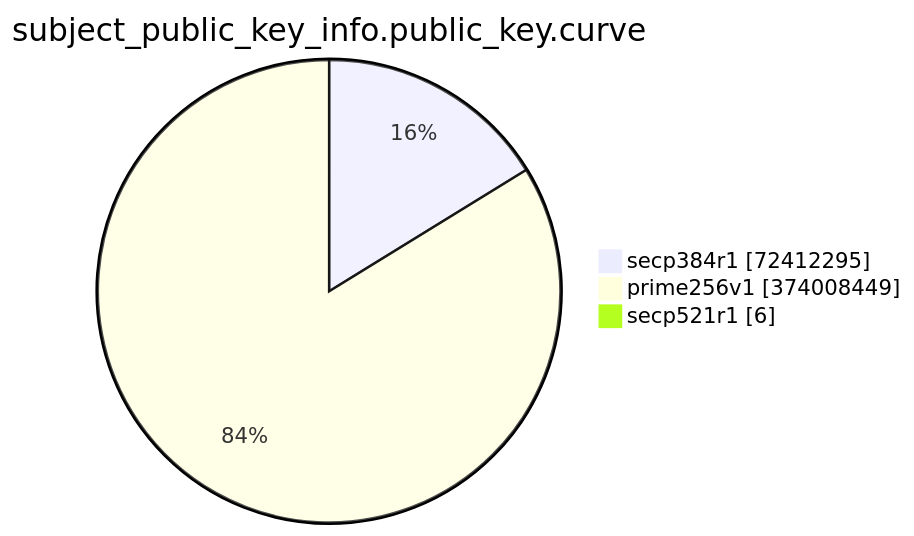
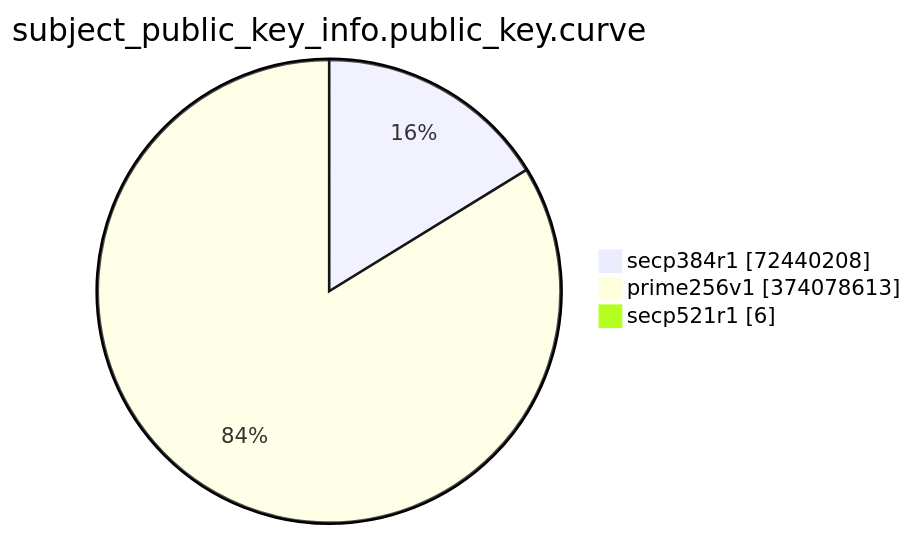
The eighth of 15 diagrams in TOTAL/README.md (christiankrug/ctmonitor_visualization), drawn with Mermaid before and after one commit. The commit also changed other lines of this file, not shown here.

````diff
--- a/TOTAL/README.md
+++ b/TOTAL/README.md
@@ -3094,7 +3094,7 @@
 ```mermaid
 pie showData
 title subject_public_key_info.public_key.curve
-"secp384r1" :72412295
-"prime256v1" :374008449
+"secp384r1" :72440208
+"prime256v1" :374078613
 "secp521r1" :6
 ```
````
